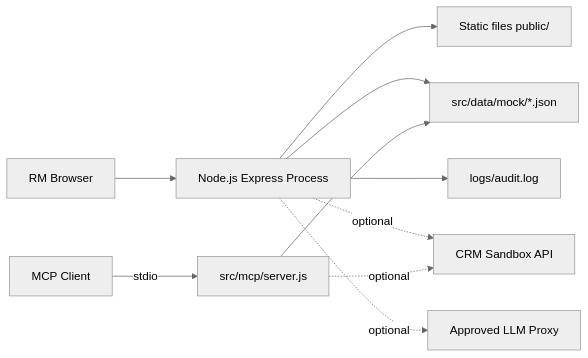
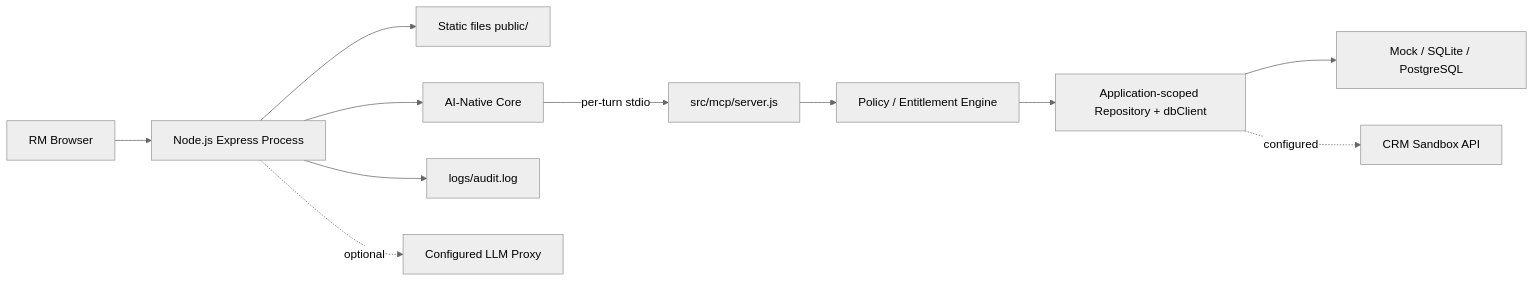
Before and after one commit to minhhieu-2003/CRM_MVP: the third of 3 diagrams in docs/architecture/architecture.md, drawn with Mermaid (neutral theme). The commit also changed other lines of this file and 64 other files, not shown here.

````diff
--- a/docs/architecture/architecture.md
+++ b/docs/architecture/architecture.md
@@ -309,12 +363,13 @@
 ```mermaid
 flowchart LR
   Browser[RM Browser] --> Node[Node.js Express Process]
   Node --> Files[Static files public/]
-  Node --> JsonData[src/data/mock/*.json]
+  Node --> AiCore[AI-Native Core]
+  AiCore -->|per-turn stdio| McpServer[src/mcp/server.js]
+  McpServer --> Policy[Policy / Entitlement Engine]
+  Policy --> Repo[Application-scoped Repository + dbClient]
+  Repo --> JsonData[Mock / SQLite / PostgreSQL]
   Node --> AuditFile[logs/audit.log]
-  Node -. optional .-> CrmApi[CRM Sandbox API]
-  Node -. optional .-> LlmProxy[Approved LLM Proxy]
-  McpClient[MCP Client] -->|stdio| McpServer[src/mcp/server.js]
-  McpServer --> JsonData
-  McpServer -. optional .-> CrmApi
+  Repo -. configured .-> CrmApi[CRM Sandbox API]
+  Node -. optional .-> LlmProxy[Configured LLM Proxy]
 ```
````
